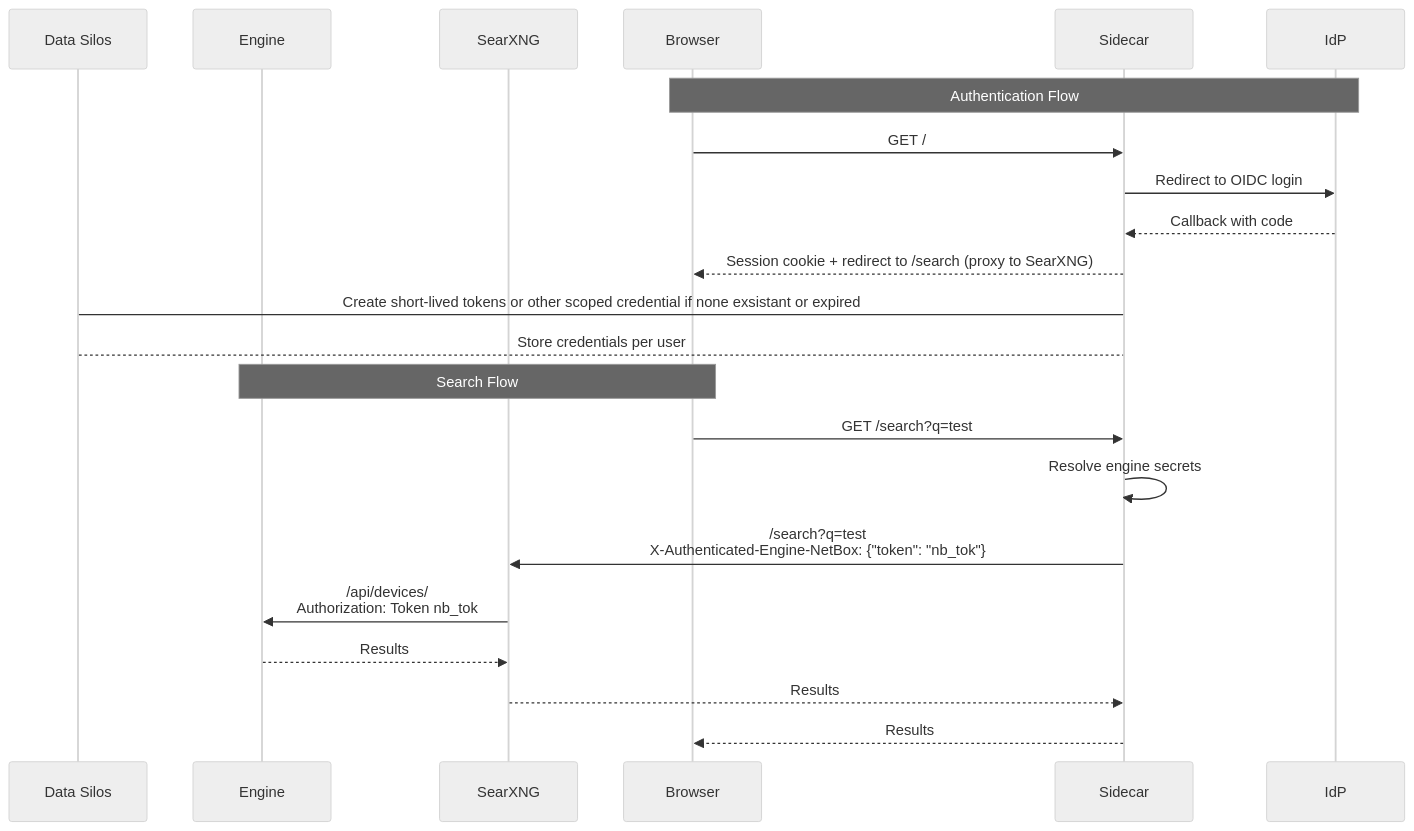
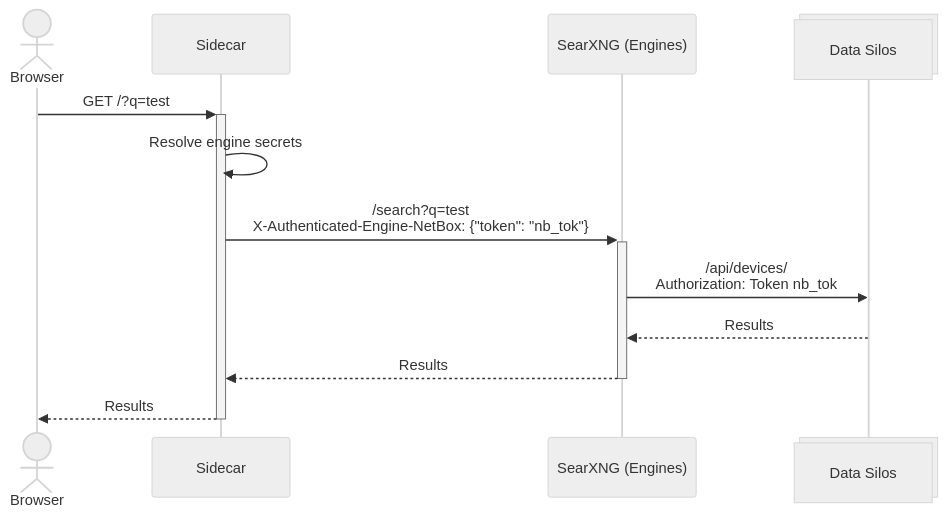
The third of 3 diagrams in README.md (crufty-clanker/searxng-sidecar-auth), drawn with Mermaid (neutral theme) before and after one commit. The commit also changed other lines of this file, not shown here.

Commit message:
docs: improve diagrams

````diff
--- a/README.md
+++ b/README.md
@@ -19,27 +65,15 @@
 ```mermaid
 sequenceDiagram
-    participant Data Silos
-    participant Engine
-    participant SearXNG
-    participant Browser
+    participant Browser@{"type": "actor"}
     participant Sidecar
-    participant IdP
+    participant SearXNG AS SearXNG (Engines)
+    participant DATA@{"type": "collections"} AS Data Silos
 
-    Note over Browser,IdP: Authentication Flow
-    Browser->>Sidecar: GET /
-    Sidecar->>IdP: Redirect to OIDC login
-    IdP-->>Sidecar: Callback with code
-    Sidecar-->>Browser: Session cookie + redirect to /search (proxy to SearXNG)
-
-    Sidecar->Data Silos: Create short-lived tokens or other scoped credential if none exsistant or expired
-    Data Silos-->Sidecar: Store credentials per user
-
-    Note over Browser,Engine: Search Flow
-    Browser->>Sidecar: GET /search?q=test
+    Browser->>+Sidecar: GET /?q=test
     Sidecar->>Sidecar: Resolve engine secrets
-    Sidecar->>SearXNG: /search?q=test<br/>X-Authenticated-Engine-NetBox: {"token": "nb_tok"}
-    SearXNG->>Engine: /api/devices/<br/>Authorization: Token nb_tok
-    Engine-->>SearXNG: Results
-    SearXNG-->>Sidecar: Results
-    Sidecar-->>Browser: Results
+    Sidecar->>+SearXNG: /search?q=test<br/>X-Authenticated-Engine-NetBox: {"token": "nb_tok"}
+    SearXNG->>DATA: /api/devices/<br/>Authorization: Token nb_tok
+    DATA-->>SearXNG: Results
+    SearXNG-->>-Sidecar: Results
+    Sidecar-->>-Browser: Results
 ```
````
